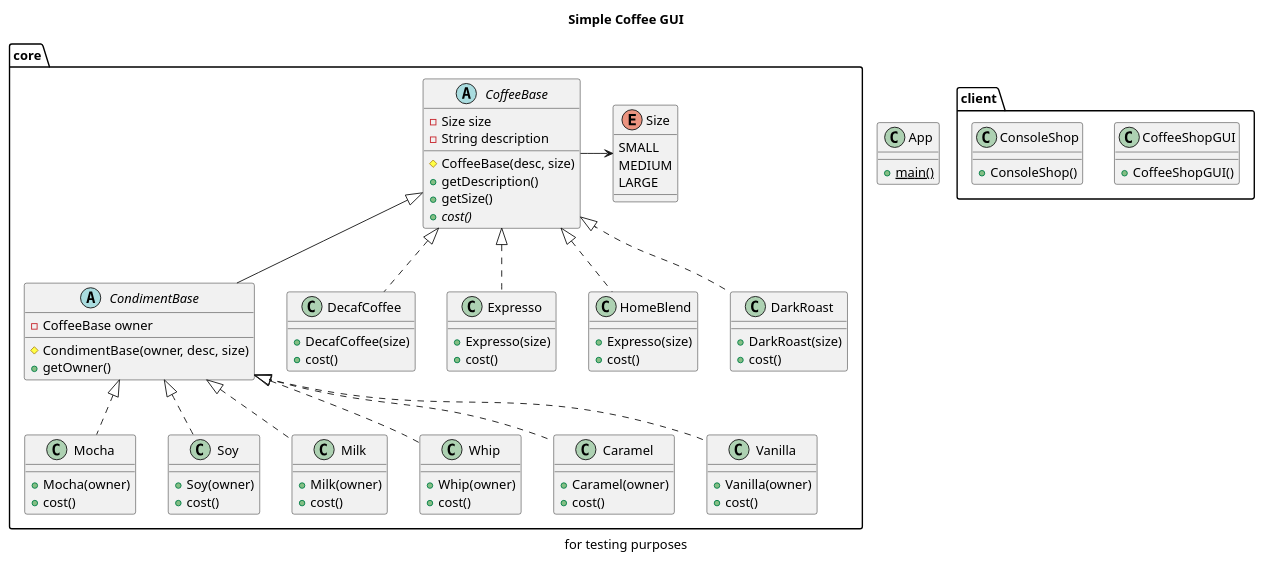
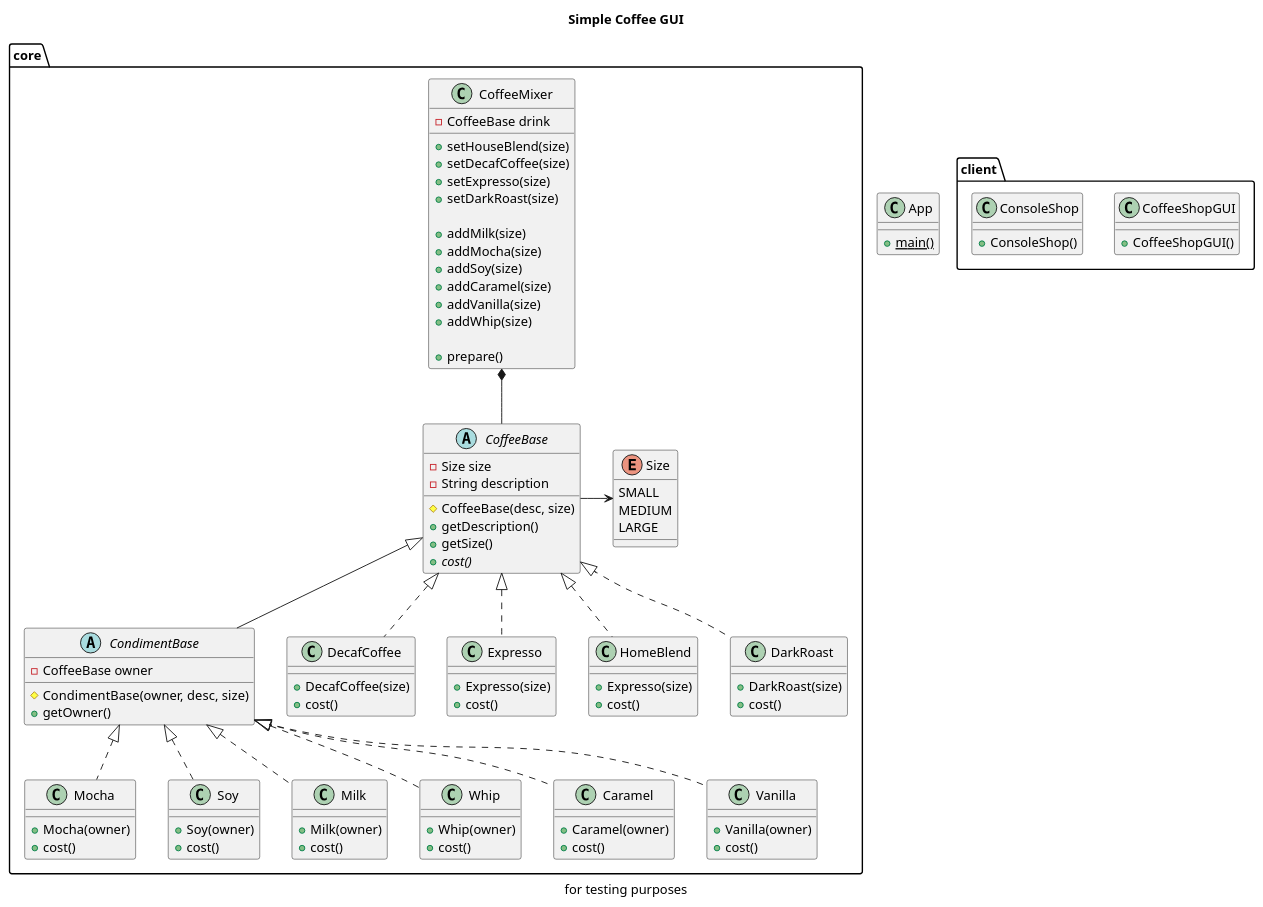
The diagram in docs/basic_cv.puml (zeldafan3421/Assignment-Coffee-Shop-GUI-Decorator-Pattern-), drawn with PlantUML before and after one commit. The commit also changed 20 other files, not shown here.

```diff
--- a/docs/basic_cv.puml
+++ b/docs/basic_cv.puml
@@ -1,125 +1,149 @@
 @startuml basic_cv
 
 title Simple Coffee GUI
 
 package core
 {
     abstract class CoffeeBase
     {
         -Size size
         -String description
 
         #CoffeeBase(desc, size)
         +getDescription()
         +getSize()
         {abstract} +cost()
     }
     
     abstract class CondimentBase
     {
         -CoffeeBase owner
 
         #CondimentBase(owner, desc, size)
         +getOwner()
     }
+
+    class CoffeeMixer
+    {
+        -CoffeeBase drink
+
+        +setHouseBlend(size)
+        +setDecafCoffee(size)
+        +setExpresso(size)
+        +setDarkRoast(size)
+
+        +addMilk(size)
+        +addMocha(size)
+        +addSoy(size)
+        +addCaramel(size)
+        +addVanilla(size)
+        +addWhip(size)
+
+        +prepare()
+    }
     
     class DecafCoffee
     {
         +DecafCoffee(size)
         +cost()
     }
+
     class Expresso
     {
         +Expresso(size)
         +cost()
     }
+
     class HomeBlend
     {
         +Expresso(size)
         +cost()
     }
+
     class DarkRoast
     {
         +DarkRoast(size)
         +cost()
     }
     
     class Mocha
     {
         +Mocha(owner)
         +cost()
     }
 
     class Soy
     {
         +Soy(owner)
         +cost()
     }
 
     class Milk
     {
         +Milk(owner)
         +cost()
     }
 
     class Whip
     {
         +Whip(owner)
         +cost()
     }
 
     class Caramel 
     {
         +Caramel(owner)
         +cost()
     }
 
     class Vanilla
     {
         +Vanilla(owner)
         +cost()
     }
 
     enum Size 
     {
         SMALL
         MEDIUM
         LARGE
     }
 }
 
 CoffeeBase <|.. DecafCoffee
 CoffeeBase <|.. Expresso
 CoffeeBase <|.. HomeBlend
 CoffeeBase <|.. DarkRoast
 
 CondimentBase <|.. Mocha
 CondimentBase <|.. Soy
 CondimentBase <|.. Milk
 CondimentBase <|.. Whip
 CondimentBase <|.. Caramel
 CondimentBase <|.. Vanilla
 
 CoffeeBase <|-- CondimentBase
 CoffeeBase -> Size
 
+CoffeeMixer *-- CoffeeBase
+
 package client
 {
     class CoffeeShopGUI
     {
         +CoffeeShopGUI()
     }
 
     class ConsoleShop
     {
         +ConsoleShop()
     }
     caption for testing purposes 
 }
 
 class App
 {
     {static} +main()
 }
 
 @enduml
```
